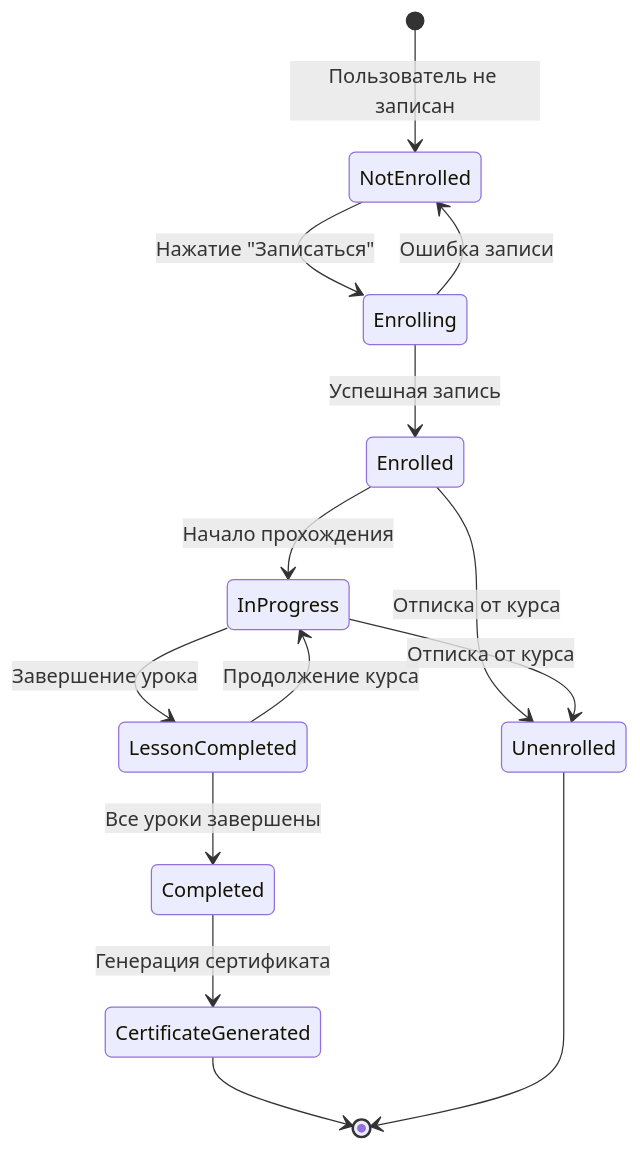
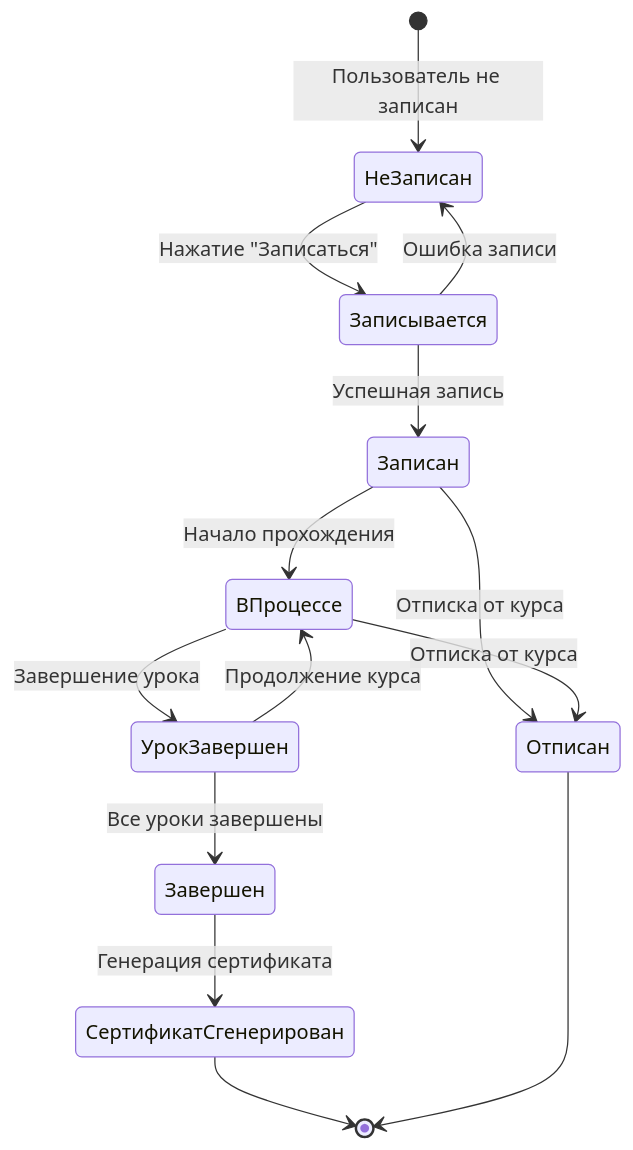
Before and after one commit to KyaamiRei/frontend: the sixth of 8 diagrams in docs/uml-diagrams.md, drawn with Mermaid. The commit also changed other lines of this file, not shown here.

Commit message:
Translate UML diagrams and class models to Russian: Update terminology in UML diagrams and class definitions to enhance accessibility for Russian-speaking users. Ensure consistency across user, course, lesson, and related models.

````diff
--- a/docs/uml-diagrams.md
+++ b/docs/uml-diagrams.md
@@ -386,20 +386,20 @@
 ```mermaid
 stateDiagram-v2
-    [*] --> NotEnrolled: Пользователь не записан
+    [*] --> НеЗаписан: Пользователь не записан
     
-    NotEnrolled --> Enrolling: Нажатие "Записаться"
-    Enrolling --> Enrolled: Успешная запись
-    Enrolling --> NotEnrolled: Ошибка записи
+    НеЗаписан --> Записывается: Нажатие "Записаться"
+    Записывается --> Записан: Успешная запись
+    Записывается --> НеЗаписан: Ошибка записи
     
-    Enrolled --> InProgress: Начало прохождения
-    InProgress --> LessonCompleted: Завершение урока
-    LessonCompleted --> InProgress: Продолжение курса
-    LessonCompleted --> Completed: Все уроки завершены
+    Записан --> ВПроцессе: Начало прохождения
+    ВПроцессе --> УрокЗавершен: Завершение урока
+    УрокЗавершен --> ВПроцессе: Продолжение курса
+    УрокЗавершен --> Завершен: Все уроки завершены
     
-    Completed --> CertificateGenerated: Генерация сертификата
-    CertificateGenerated --> [*]
+    Завершен --> СертификатСгенерирован: Генерация сертификата
+    СертификатСгенерирован --> [*]
     
-    Enrolled --> Unenrolled: Отписка от курса
-    InProgress --> Unenrolled: Отписка от курса
-    Unenrolled --> [*]
+    Записан --> Отписан: Отписка от курса
+    ВПроцессе --> Отписан: Отписка от курса
+    Отписан --> [*]
 ```
````
